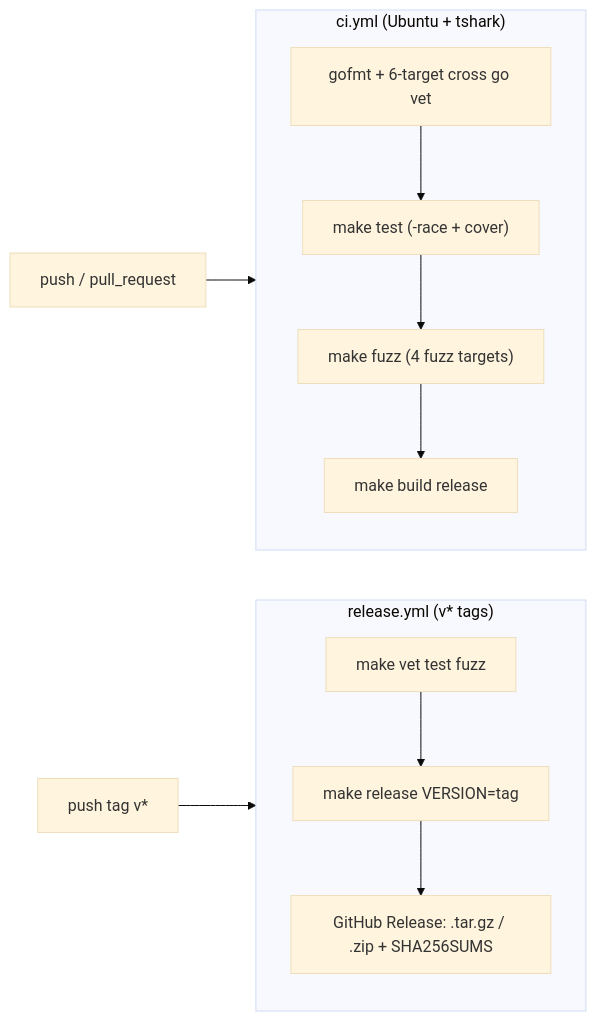
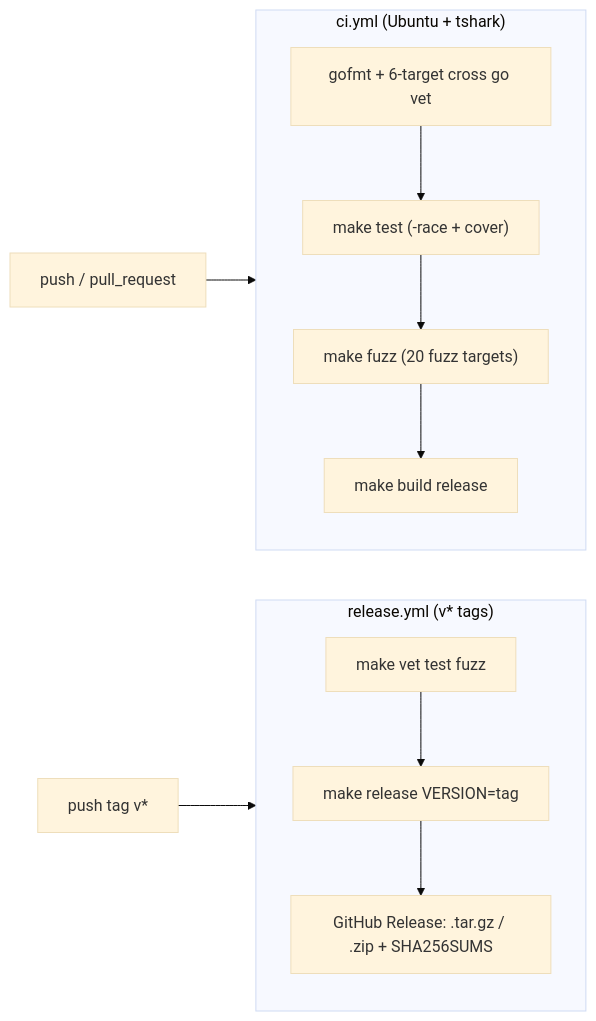
Before and after one commit to zombat/sonic: the fifth of 5 diagrams in docs/ARCHITECTURE.md, drawn with Mermaid (base theme). The commit also changed 3 other files, not shown here.

Commit message:
docs: sync 20 fuzz targets and verified -race coverage in README and docs

````diff
--- a/docs/ARCHITECTURE.md
+++ b/docs/ARCHITECTURE.md
@@ -137,16 +137,16 @@
 ```mermaid
 flowchart LR
     PUSH["push / pull_request"] --> CI["ci.yml: go job"]
     TAG["push tag v*"] --> REL["release.yml: release job"]
 
     subgraph CI["ci.yml (Ubuntu + tshark)"]
         C1["gofmt + 6-target cross go vet"] --> C2["make test (-race + cover)"]
-        C2 --> C3["make fuzz (4 fuzz targets)"]
+        C2 --> C3["make fuzz (20 fuzz targets)"]
         C3 --> C4["make build release"]
     end
 
     subgraph REL["release.yml (v* tags)"]
         R1["make vet test fuzz"] --> R2["make release VERSION=tag"]
         R2 --> R3["GitHub Release: .tar.gz / .zip + SHA256SUMS"]
     end
 ```
````
